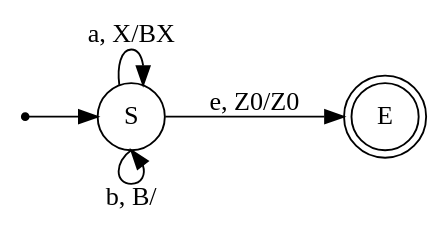
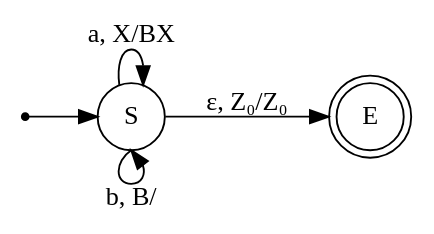
One commit to HumsterProgrammer/iu9-tfl-practice changed the first of 4 diagrams in Практика/Разбор задач/PDA и отображение Шютценберже.md. Above: the diagram before and after it, drawn with Graphviz. The commit also changed other lines of this file, not shown here.

````diff
--- a/Практика/Разбор задач/PDA и отображение Шютценберже.md
+++ b/Практика/Разбор задач/PDA и отображение Шютценберже.md
@@ -16,12 +16,12 @@
 ```dot
 digraph{
 	rankdir=LR
 	node [shape=circle]
 	E [shape=doublecircle]
 	point [shape=point]
 	point -> S
 	S -> S [label="a, X/BX"]
 	S:s -> S:s [label="b, B/"]
-	S -> E [label="e, Z0/Z0"]
+	S -> E [label="ε, Z₀/Z₀"]
 	}
 ```
````
